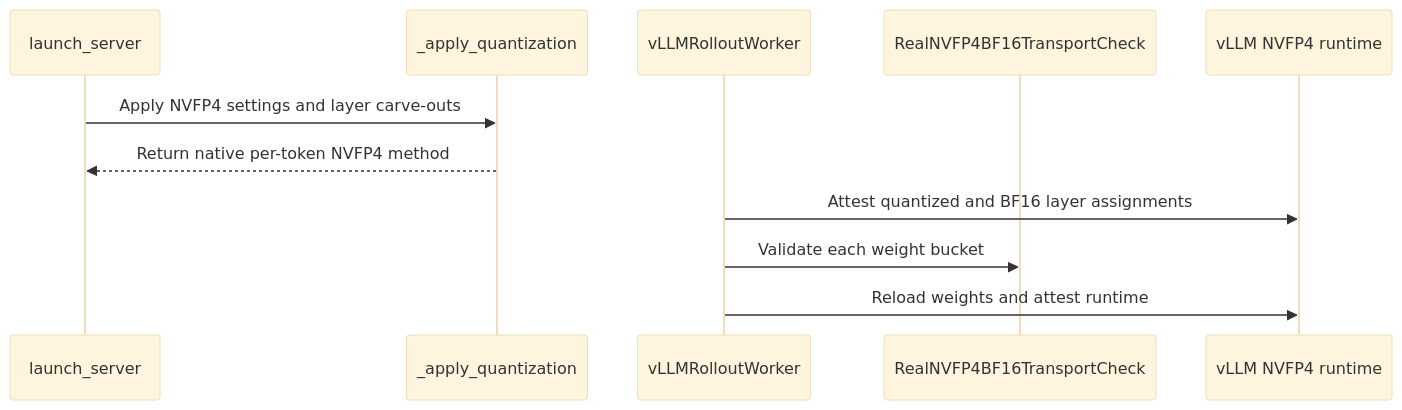
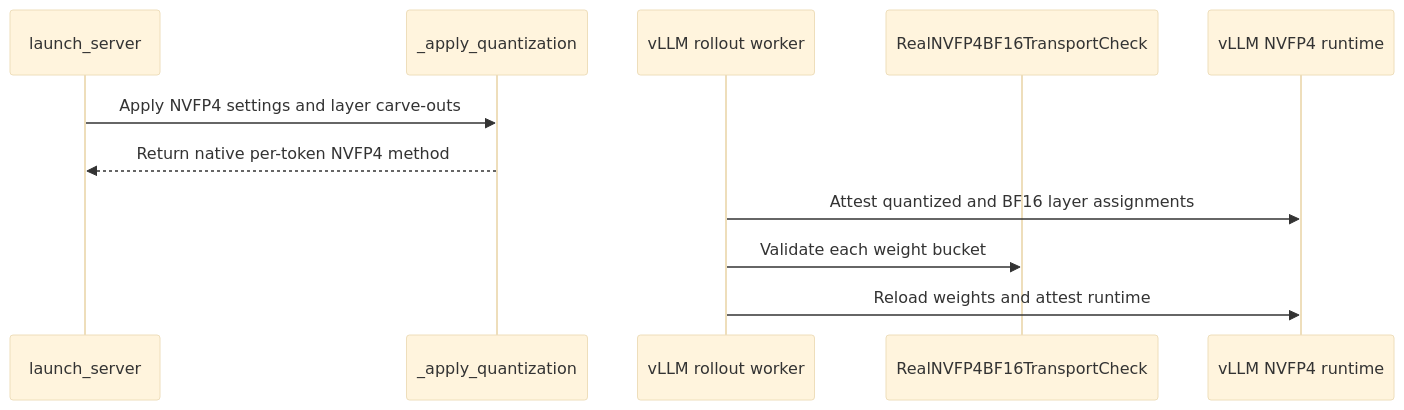
Before and after one commit to yuguo-Jack/HCU-TrainFlow: the diagram in knowledge/projects/verl/knowledgebase/upstream/prs/verl-project--verl/PR-7971.md, drawn with Mermaid (base theme). The commit also changed other lines of this file and 19088 other files, not shown here.

````diff
--- a/knowledge/projects/verl/knowledgebase/upstream/prs/verl-project--verl/PR-7971.md
+++ b/knowledge/projects/verl/knowledgebase/upstream/prs/verl-project--verl/PR-7971.md
@@ -325,13 +408,13 @@
 ```mermaid
 sequenceDiagram
   participant Server as launch_server
   participant Quantization as _apply_quantization
-  participant Worker as vLLMRolloutWorker
+  participant Worker as vLLM rollout worker
   participant Transport as RealNVFP4BF16TransportCheck
   participant Runtime as vLLM NVFP4 runtime
   Server->>Quantization: Apply NVFP4 settings and layer carve-outs
   Quantization-->>Server: Return native per-token NVFP4 method
   Worker->>Runtime: Attest quantized and BF16 layer assignments
   Worker->>Transport: Validate each weight bucket
   Worker->>Runtime: Reload weights and attest runtime
 ```
````
